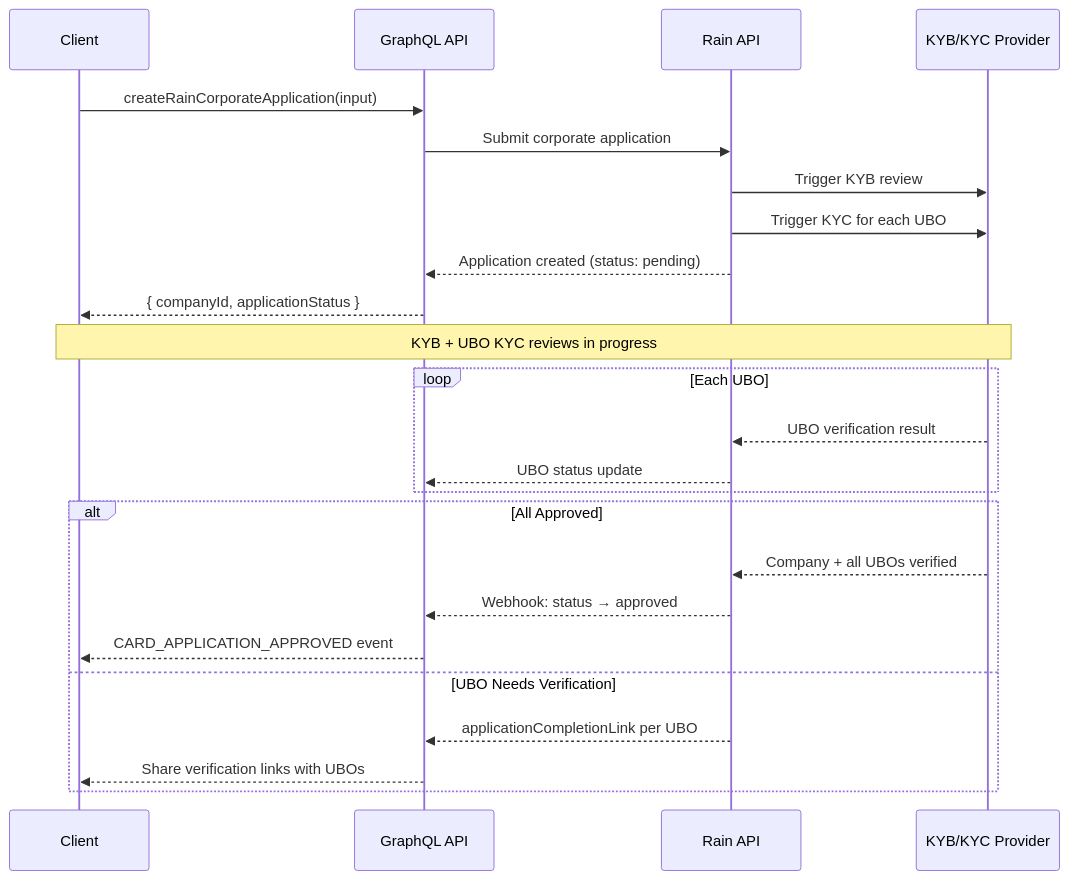
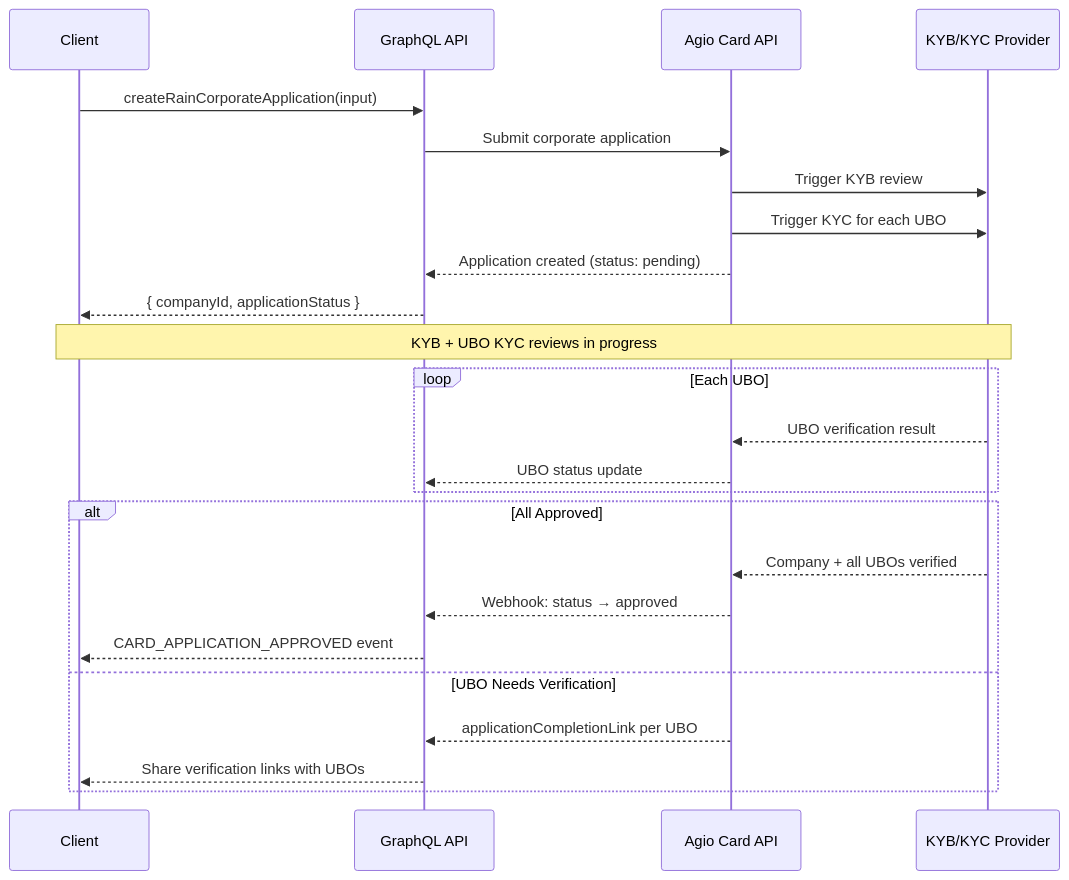
The second of 2 diagrams in docs/pages/guides/cards/apply.md (agio-digital/agio-docs), drawn with Mermaid before and after one commit. The commit also changed other lines of this file and 18 other files, not shown here.

First line of the commit message:
refactor: rebrand Rain → Agio Cards across all docs

````diff
--- a/docs/pages/guides/cards/apply.md
+++ b/docs/pages/guides/cards/apply.md
@@ -104,30 +104,30 @@
 ```mermaid
 sequenceDiagram
     participant Client
     participant API as GraphQL API
-    participant Rain as Rain API
+    participant Agio as Agio Card API
     participant KYB as KYB/KYC Provider
 
     Client->>API: createRainCorporateApplication(input)
-    API->>Rain: Submit corporate application
-    Rain->>KYB: Trigger KYB review
-    Rain->>KYB: Trigger KYC for each UBO
-    Rain-->>API: Application created (status: pending)
+    API->>Agio: Submit corporate application
+    Agio->>KYB: Trigger KYB review
+    Agio->>KYB: Trigger KYC for each UBO
+    Agio-->>API: Application created (status: pending)
     API-->>Client: { companyId, applicationStatus }
 
     Note over Client,KYB: KYB + UBO KYC reviews in progress
 
     loop Each UBO
-        KYB-->>Rain: UBO verification result
-        Rain-->>API: UBO status update
+        KYB-->>Agio: UBO verification result
+        Agio-->>API: UBO status update
     end
 
     alt All Approved
-        KYB-->>Rain: Company + all UBOs verified
-        Rain-->>API: Webhook: status → approved
+        KYB-->>Agio: Company + all UBOs verified
+        Agio-->>API: Webhook: status → approved
         API-->>Client: CARD_APPLICATION_APPROVED event
     else UBO Needs Verification
-        Rain-->>API: applicationCompletionLink per UBO
+        Agio-->>API: applicationCompletionLink per UBO
         API-->>Client: Share verification links with UBOs
     end
 ```
````
